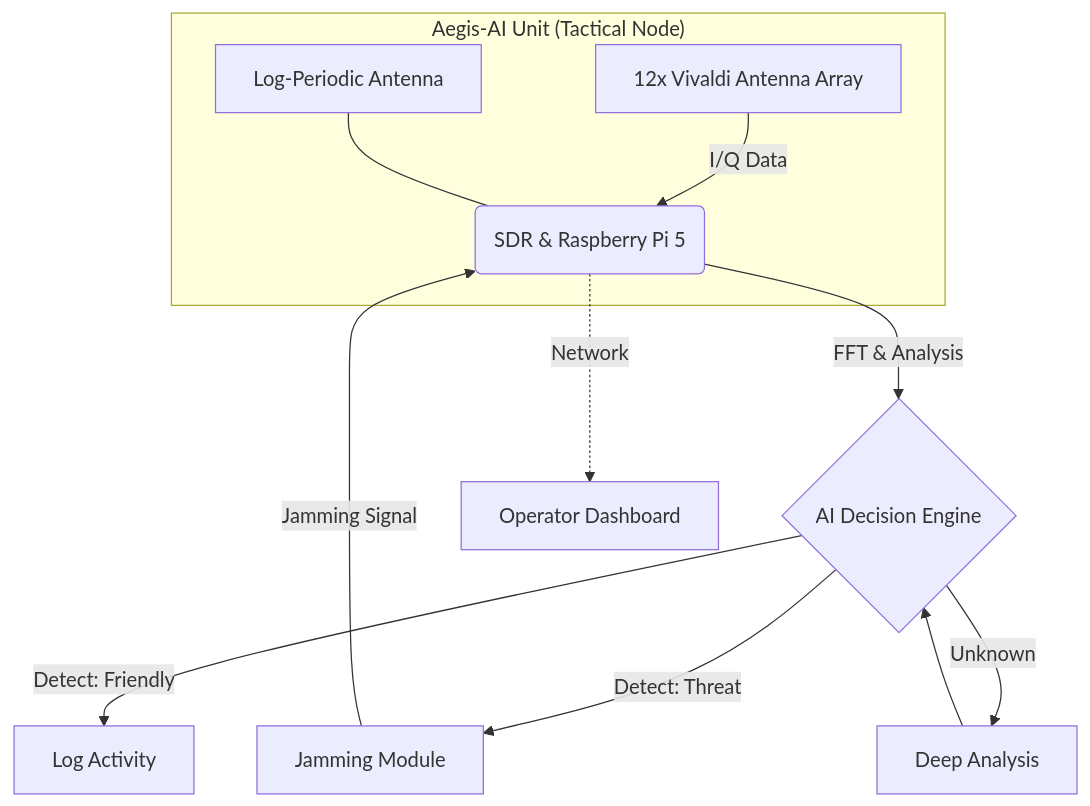
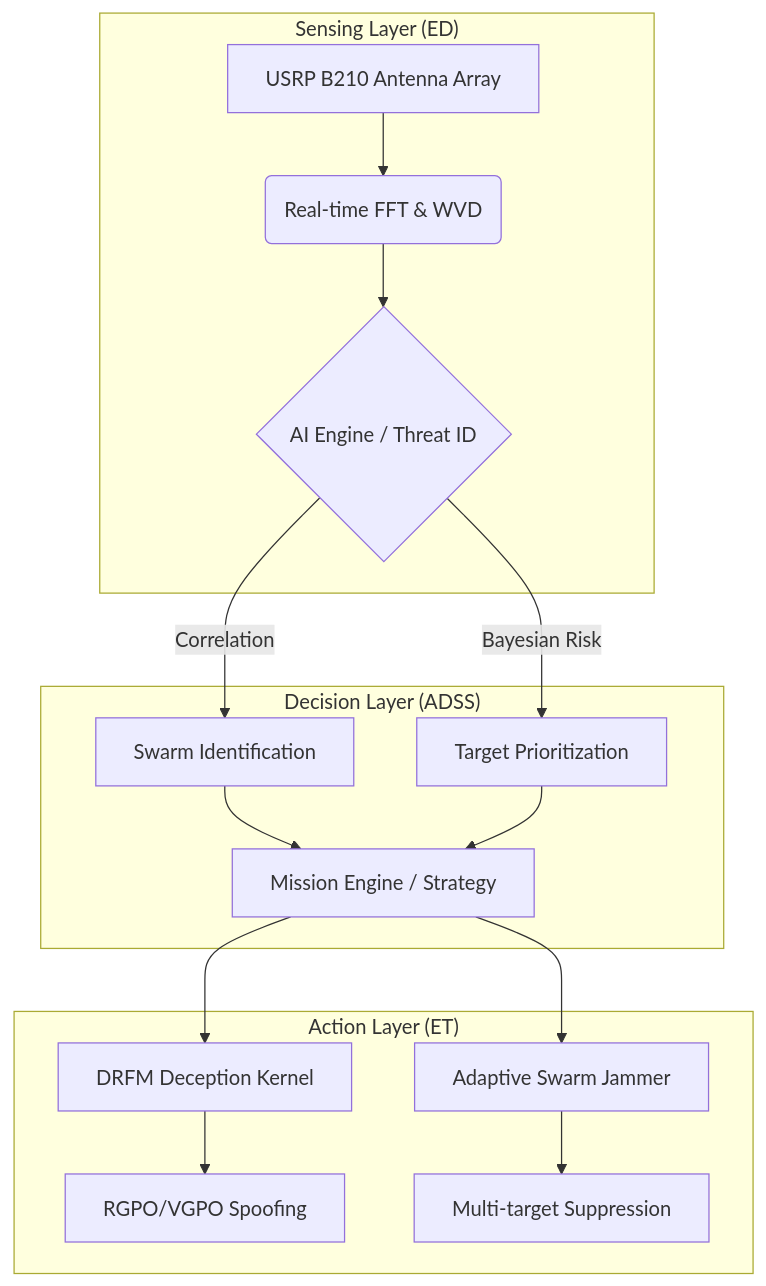
One commit to bahattinyunus/teknofest_elektronik_harp changed the diagram in README.md. Above: the diagram before and after it, drawn with Mermaid. The commit also changed other lines of this file and 7 other files, not shown here.

````diff
--- a/README.md
+++ b/README.md
@@ -146,14 +31,20 @@
 ```mermaid
 graph TD
-    subgraph "Aegis-AI Unit (Tactical Node)"
-        A[12x Vivaldi Antenna Array] -->|I/Q Data| B(SDR & Raspberry Pi 5)
-        LogP[Log-Periodic Antenna] --- B
+    subgraph "Sensing Layer (ED)"
+        A[USRP B210 Antenna Array] --> B(Real-time FFT & WVD)
+        B --> C{AI Engine / Threat ID}
     end
-    B -->|FFT & Analysis| C{AI Decision Engine}
-    C -->|Detect: Friendly| D[Log Activity]
-    C -->|Detect: Threat| E[Jamming Module]
-    E -->|Jamming Signal| B
-    C -->|Unknown| F[Deep Analysis]
-    F --> C
-    B -.->|Network| L[Operator Dashboard]
+    
+    subgraph "Decision Layer (ADSS)"
+        C -->|Correlation| D[Swarm Identification]
+        C -->|Bayesian Risk| E[Target Prioritization]
+        D & E --> F[Mission Engine / Strategy]
+    end
+    
+    subgraph "Action Layer (ET)"
+        F --> G[DRFM Deception Kernel]
+        F --> H[Adaptive Swarm Jammer]
+        G --> I[RGPO/VGPO Spoofing]
+        H --> J[Multi-target Suppression]
+    end
 ```
````
